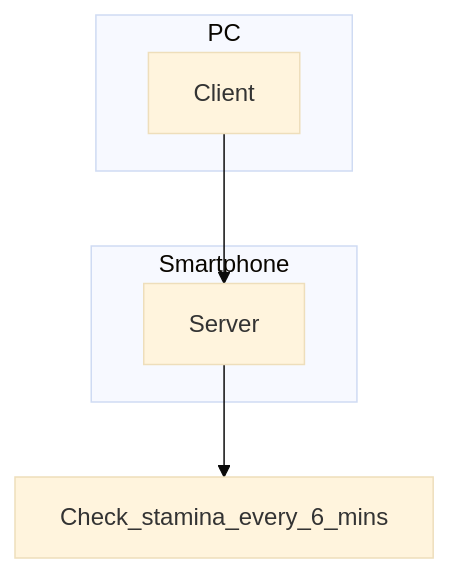
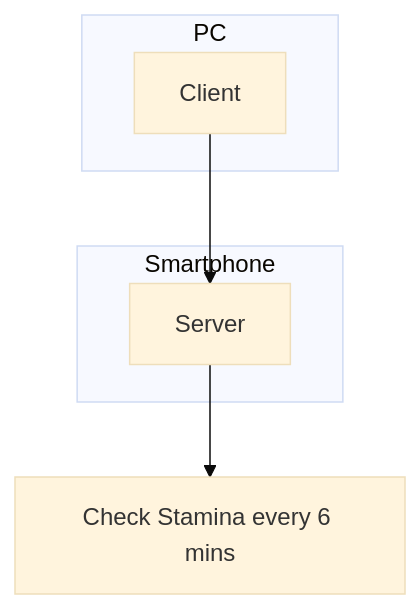
The diagram in README.md (201710808/Game-Stamina-Alarm), drawn with Mermaid (base theme) before and after one commit.

````diff
--- a/README.md
+++ b/README.md
@@ -3,10 +3,10 @@
 ```mermaid
 graph TB;
     subgraph PC;
     Client;
     end;
     subgraph Smartphone;
     Client-->Server;
     end;
-    Server-->Check_stamina_every_6_mins;
+    Server-->Condition["Check Stamina every 6 mins"];
 ```
````
